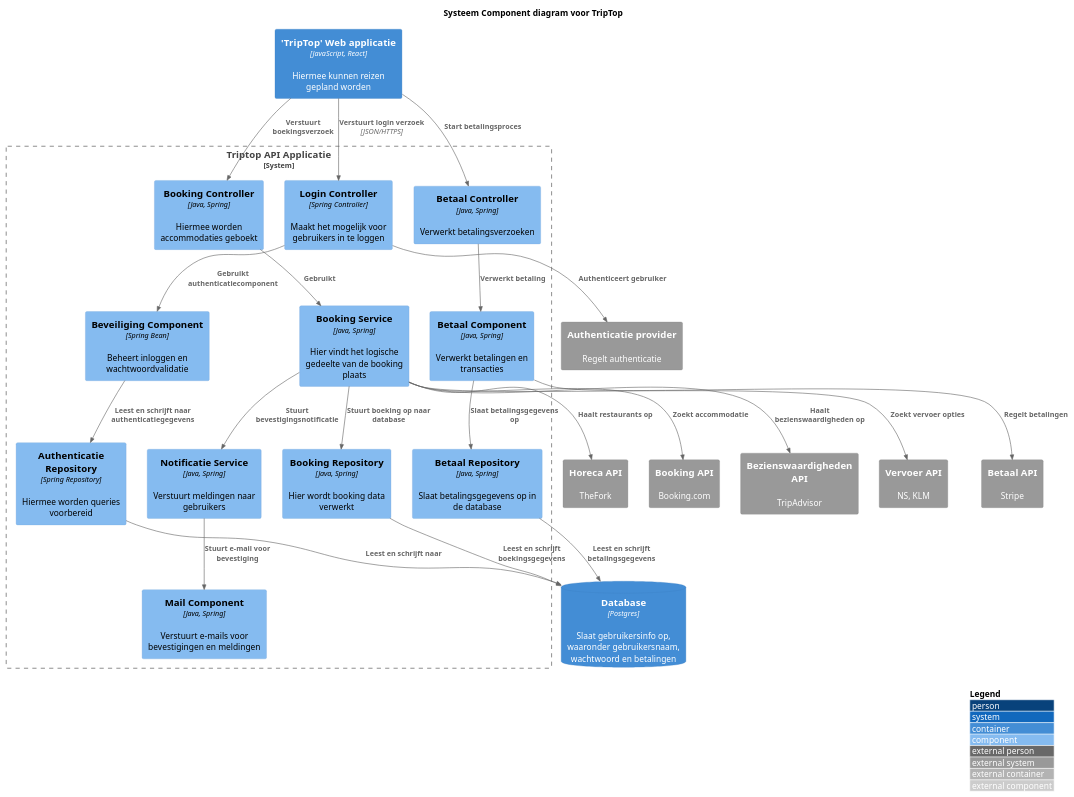
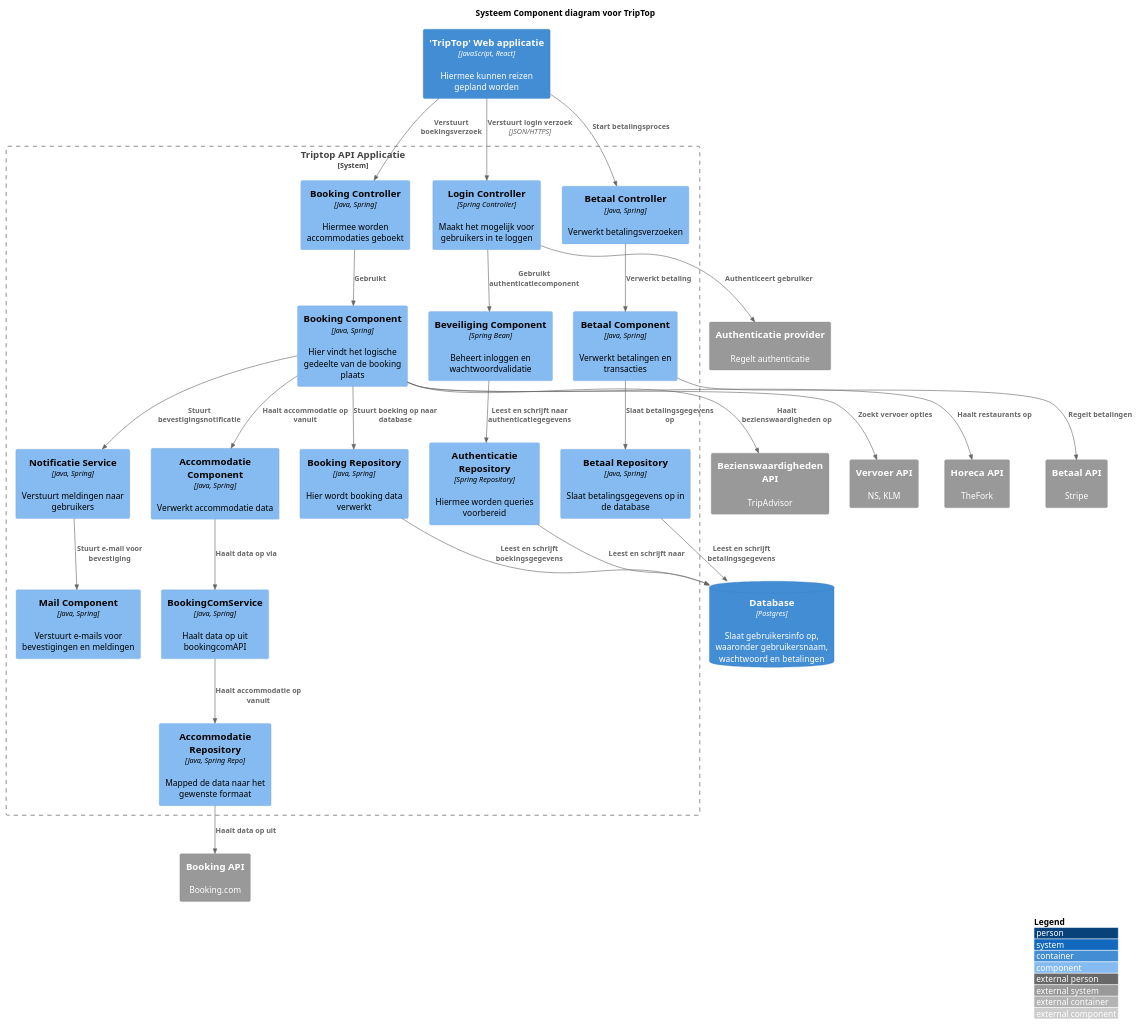
Before and after one commit to AIM-ENE-feb25/triptop-groep-4-afscheidscadeau-voor-juf-kim: the diagram in opdracht-diagrammen/Component Diagram.puml, drawn with PlantUML.

Commit message:
Verbeterd Component Diagram + Uitkomst Van Pressure Cooker

```diff
--- a/opdracht-diagrammen/Component Diagram.puml
+++ b/opdracht-diagrammen/Component Diagram.puml
@@ -1,65 +1,73 @@
 @startuml C4_Elements
 !include https://raw.githubusercontent.com/plantuml-stdlib/C4-PlantUML/master/C4_Component.puml
 title Systeem Component diagram voor TripTop
 
 LAYOUT_WITH_LEGEND()
 
 'skinparam linetype ortho
 'skinparam ArrowStyle Dashed
 
 Container(Webapp, "'TripTop' Web applicatie", "JavaScript, React", "Hiermee kunnen reizen gepland worden")
 
 System_Boundary(triptop, "Triptop API Applicatie") {
     Component(loginController, "Login Controller", "Spring Controller", "Maakt het mogelijk voor gebruikers in te loggen")
-    Component(bookingComponent, "Booking Controller", "Java, Spring", "Hiermee worden accommodaties geboekt")
-    Component(bookingService, "Booking Service", "Java, Spring", "Hier vindt het logische gedeelte van de booking plaats")
+    Component(bookingController, "Booking Controller", "Java, Spring", "Hiermee worden accommodaties geboekt")
+    Component(bookingComponent, "Booking Component", "Java, Spring", "Hier vindt het logische gedeelte van de booking plaats")
+'    Component(accommodatieController, "Accommodatie Controller", "Java, Spring/ Controller", "Controller voor accommodaties")
+    Component(accommodatieBeheer, "Accommodatie Component", "Java, Spring", "Verwerkt accommodatie data")
+    Component(accommodatieRepo, "Accommodatie Repository", "Java, Spring Repo", "Mapped de data naar het gewenste formaat")
+    Component(bookingComService, "BookingComService", "Java, Spring", "Haalt data op uit bookingcomAPI")
     Component(bookingRepo, "Booking Repository", "Java, Spring", "Hier wordt booking data verwerkt")
 
     Component(notificatieService, "Notificatie Service", "Java, Spring", "Verstuurt meldingen naar gebruikers")
     Component(mailComponent, "Mail Component", "Java, Spring", "Verstuurt e-mails voor bevestigingen en meldingen")
 
     Component(betaalController, "Betaal Controller", "Java, Spring", "Verwerkt betalingsverzoeken")
     Component(betaalComponent, "Betaal Component", "Java, Spring", "Verwerkt betalingen en transacties")
     Component(betaalRepo, "Betaal Repository", "Java, Spring", "Slaat betalingsgegevens op in de database")
 
     Component(authenticatieRepo, "Authenticatie Repository", "Spring Repository", "Hiermee worden queries voorbereid")
     Component(beveiligingComponent, "Beveiliging Component", "Spring Bean", "Beheert inloggen en wachtwoordvalidatie")
 }
 
 ContainerDb(Database, "Database", "Postgres", "Slaat gebruikersinfo op, waaronder gebruikersnaam, wachtwoord en betalingen")
 
 System_Ext(authAPI, "Authenticatie provider", "Regelt authenticatie")
 System_Ext(bookingAPI, "Booking API", "Booking.com")
 System_Ext(bezienswaardighedenAPI, "Bezienswaardigheden API", "TripAdvisor")
 System_Ext(vervoerAPI, "Vervoer API", "NS, KLM")
 System_Ext(horecaAPI, "Horeca API", "TheFork")
 System_Ext(betaalAPI, "Betaal API", "Stripe")
 
 
 Rel(Webapp, loginController, "Verstuurt login verzoek", "JSON/HTTPS")
 Rel(loginController, beveiligingComponent, "Gebruikt authenticatiecomponent")
 Rel(loginController, authAPI, "Authenticeert gebruiker")
 Rel(beveiligingComponent, authenticatieRepo, "Leest en schrijft naar authenticatiegegevens")
 Rel(authenticatieRepo, Database, "Leest en schrijft naar")
 
-Rel(Webapp, bookingComponent, "Verstuurt boekingsverzoek")
-Rel(bookingComponent, bookingService, "Gebruikt")
-Rel(bookingService, bookingRepo, "Stuurt boeking op naar database")
+Rel(Webapp, bookingController, "Verstuurt boekingsverzoek")
+Rel(bookingController, bookingComponent, "Gebruikt")
+Rel(bookingComponent, bookingRepo, "Stuurt boeking op naar database")
 Rel(bookingRepo, Database, "Leest en schrijft boekingsgegevens")
 
-Rel(bookingService, notificatieService, "Stuurt bevestigingsnotificatie")
+Rel(bookingComponent, notificatieService, "Stuurt bevestigingsnotificatie")
 Rel(notificatieService, mailComponent, "Stuurt e-mail voor bevestiging")
 
 Rel(Webapp, betaalController, "Start betalingsproces")
 Rel(betaalController, betaalComponent, "Verwerkt betaling")
 Rel(betaalComponent, betaalRepo, "Slaat betalingsgegevens op")
 Rel(betaalRepo, Database, "Leest en schrijft betalingsgegevens")
 
-Rel(bookingService, bookingAPI, "Zoekt accommodatie")
-Rel(bookingService, bezienswaardighedenAPI, "Haalt bezienswaardigheden op")
-Rel(bookingService, vervoerAPI, "Zoekt vervoer opties")
-Rel(bookingService, horecaAPI, "Haalt restaurants op")
+Rel(bookingComponent, bezienswaardighedenAPI, "Haalt bezienswaardigheden op")
+Rel(bookingComponent, vervoerAPI, "Zoekt vervoer opties")
+Rel(bookingComponent, horecaAPI, "Haalt restaurants op")
 
 Rel(betaalComponent, betaalAPI, "Regelt betalingen")
 
+Rel(bookingComponent, accommodatieBeheer, "Haalt accommodatie op vanuit")
+Rel(accommodatieBeheer, bookingComService, "Haalt data op via")
+Rel(bookingComService, accommodatieRepo, "Haalt accommodatie op vanuit")
+Rel(accommodatieRepo, bookingAPI, "Haalt data op uit")
+
 @enduml
```
